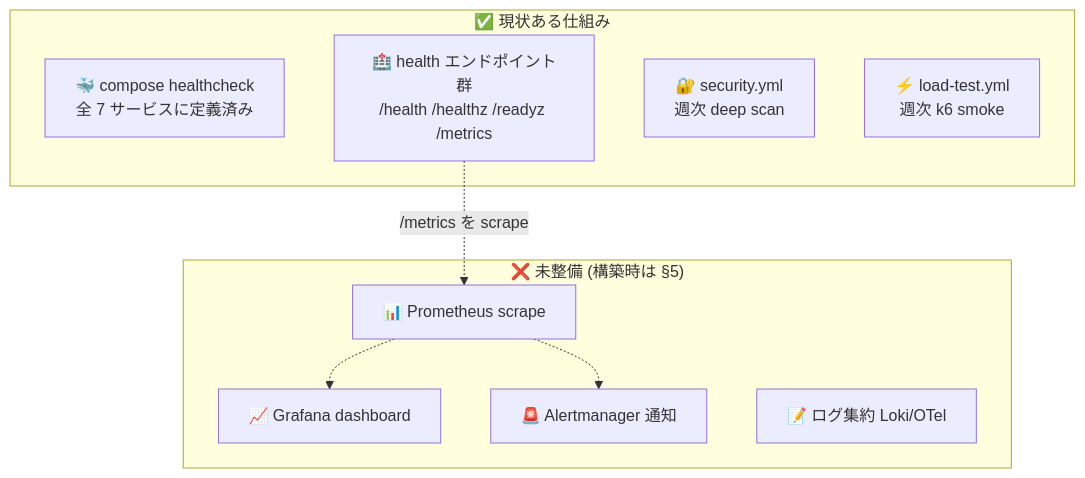
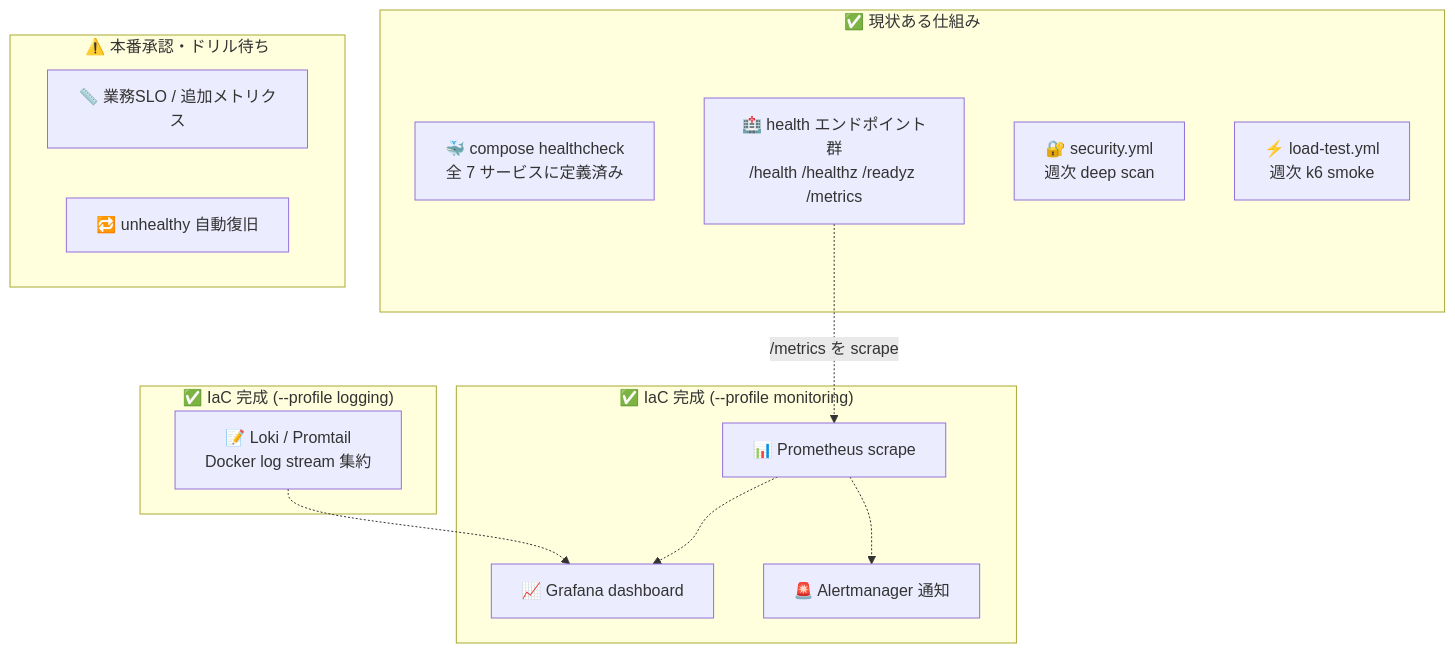
Before and after one commit to Kensan196948G/Construction-LegalOps-DX: the diagram in docs/MONITORING.md, drawn with Mermaid. The commit also changed other lines of this file and 149 other files, not shown here.

````diff
--- a/docs/MONITORING.md
+++ b/docs/MONITORING.md
@@ -16,18 +16,25 @@
 ```mermaid
 graph TD
     subgraph 現状integrated["✅ 現状ある仕組み"]
         HC[🐳 compose healthcheck<br>全 7 サービスに定義済み]
         EP[🏥 health エンドポイント群<br>/health /healthz /readyz /metrics]
         SEC[🔐 security.yml<br>週次 deep scan]
         K6[⚡ load-test.yml<br>週次 k6 smoke]
     end
-    subgraph 未整備["❌ 未整備 (構築時は §5)"]
+    subgraph integrated2["✅ IaC 完成 (--profile monitoring)"]
         PROM[📊 Prometheus scrape]
         GRAF[📈 Grafana dashboard]
         ALERT[🚨 Alertmanager 通知]
-        LOKI[📝 ログ集約 Loki/OTel]
+    end
+    subgraph integrated3["✅ IaC 完成 (--profile logging)"]
+        LOKI[📝 Loki / Promtail<br>Docker log stream 集約]
+    end
+    subgraph pending["⚠️ 本番承認・ドリル待ち"]
+        SLO[📏 業務SLO / 追加メトリクス]
+        AUTO[🔁 unhealthy 自動復旧]
     end
     EP -.->|/metrics を scrape| PROM
     PROM -.-> GRAF
     PROM -.-> ALERT
+    LOKI -.-> GRAF
 ```
````
